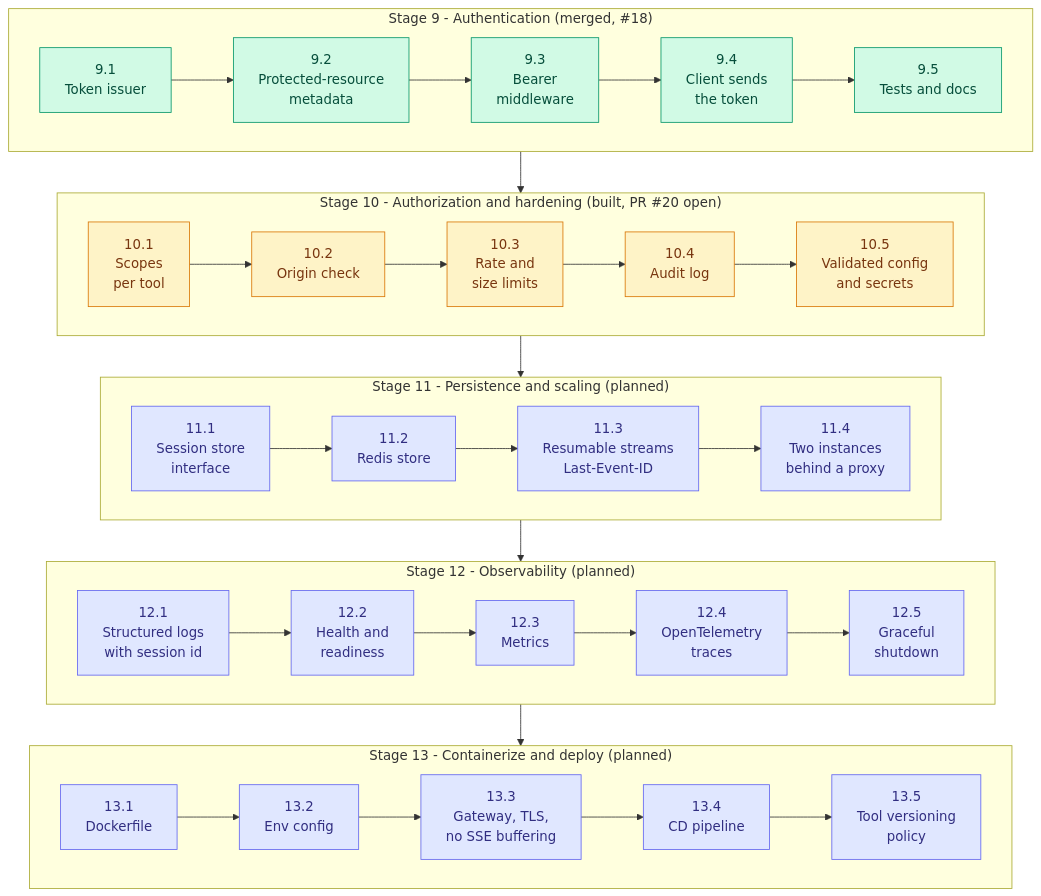
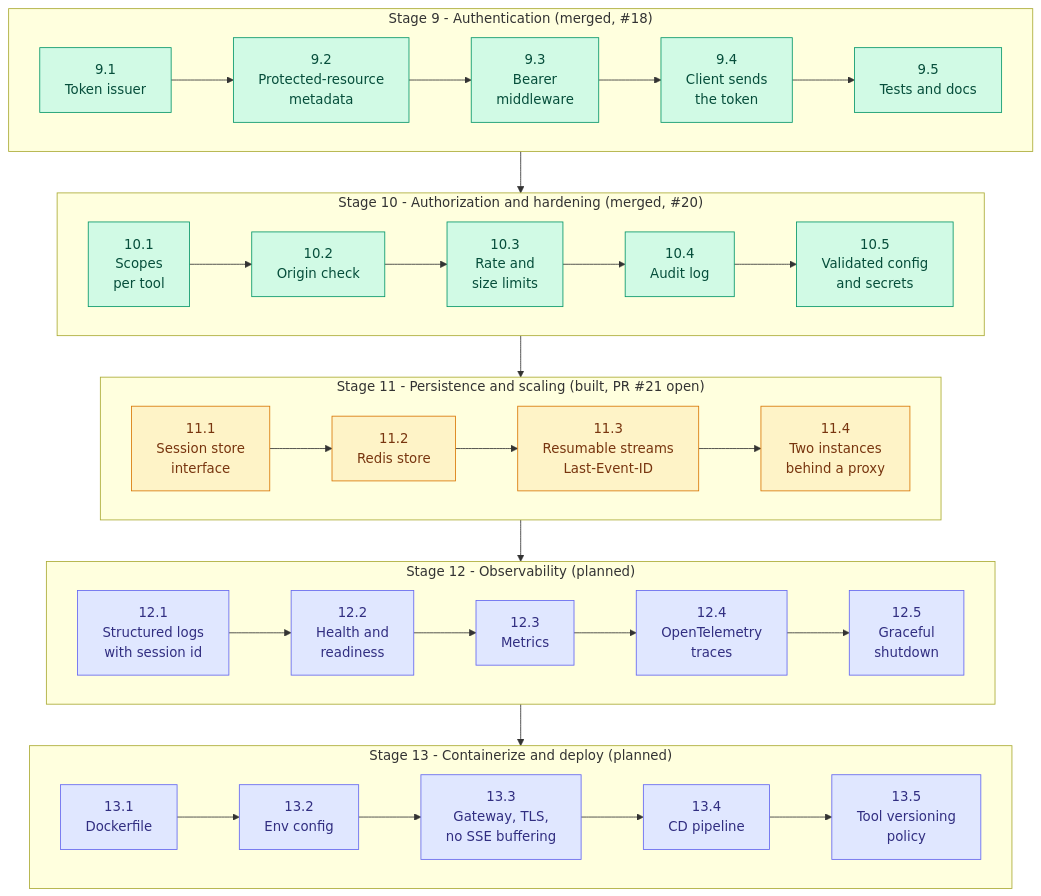
The third of 4 diagrams in README.md (shadmaanAsif/MCP-Explorer), drawn with Mermaid before and after one commit. The commit also changed other lines of this file and 28 other files, not shown here.

````diff
--- a/README.md
+++ b/README.md
@@ -109,30 +110,30 @@
 ```mermaid
 flowchart TB
     subgraph S9["Stage 9 - Authentication (merged, #18)"]
         direction LR
         A1["9.1<br/>Token issuer"] --> A2["9.2<br/>Protected-resource<br/>metadata"] --> A3["9.3<br/>Bearer<br/>middleware"] --> A4["9.4<br/>Client sends<br/>the token"] --> A5["9.5<br/>Tests and docs"]
     end
-    subgraph S10["Stage 10 - Authorization and hardening (built, PR #20 open)"]
+    subgraph S10["Stage 10 - Authorization and hardening (merged, #20)"]
         direction LR
         B1["10.1<br/>Scopes<br/>per tool"] --> B2["10.2<br/>Origin check"] --> B3["10.3<br/>Rate and<br/>size limits"] --> B4["10.4<br/>Audit log"] --> B5["10.5<br/>Validated config<br/>and secrets"]
     end
-    subgraph S11["Stage 11 - Persistence and scaling (planned)"]
+    subgraph S11["Stage 11 - Persistence and scaling (built, PR #21 open)"]
         direction LR
         C1["11.1<br/>Session store<br/>interface"] --> C2["11.2<br/>Redis store"] --> C3["11.3<br/>Resumable streams<br/>Last-Event-ID"] --> C4["11.4<br/>Two instances<br/>behind a proxy"]
     end
     subgraph S12["Stage 12 - Observability (planned)"]
         direction LR
         D1["12.1<br/>Structured logs<br/>with session id"] --> D2["12.2<br/>Health and<br/>readiness"] --> D3["12.3<br/>Metrics"] --> D4["12.4<br/>OpenTelemetry<br/>traces"] --> D5["12.5<br/>Graceful<br/>shutdown"]
     end
     subgraph S13["Stage 13 - Containerize and deploy (planned)"]
         direction LR
         E1["13.1<br/>Dockerfile"] --> E2["13.2<br/>Env config"] --> E3["13.3<br/>Gateway, TLS,<br/>no SSE buffering"] --> E4["13.4<br/>CD pipeline"] --> E5["13.5<br/>Tool versioning<br/>policy"]
     end
     S9 --> S10 --> S11 --> S12 --> S13
     classDef built fill:#d1fae5,stroke:#059669,color:#064e3b
     classDef current fill:#fef3c7,stroke:#d97706,color:#78350f
     classDef planned fill:#e0e7ff,stroke:#6366f1,color:#312e81
-    class A1,A2,A3,A4,A5 built
-    class B1,B2,B3,B4,B5 current
-    class C1,C2,C3,C4,D1,D2,D3,D4,D5,E1,E2,E3,E4,E5 planned
+    class A1,A2,A3,A4,A5,B1,B2,B3,B4,B5 built
+    class C1,C2,C3,C4 current
+    class D1,D2,D3,D4,D5,E1,E2,E3,E4,E5 planned
 ```
````
